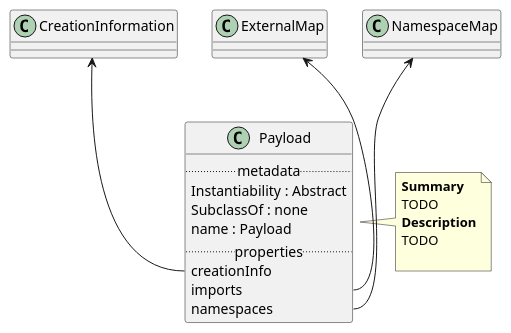
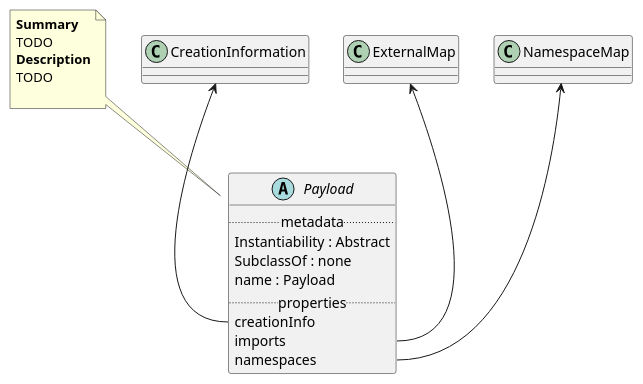
One commit to maxhbr/spec-parser.hs changed the diagram in Classes/Payload.puml. Above: the diagram before and after it, drawn with PlantUML. The commit also changed 51 other files, not shown here.

```diff
--- a/Classes/Payload.puml
+++ b/Classes/Payload.puml
@@ -1,22 +1,22 @@
 @startuml
-class Payload {
+abstract Payload {
 .. metadata ..
     Instantiability : Abstract
     SubclassOf : none
     name : Payload
 .. properties ..
     creationInfo
     imports
     namespaces
 }
-note right of Payload
+note top of Payload
 <b>Summary</b>
 TODO
 <b>Description</b>
 TODO
 
 end note
 "CreationInformation" <-- "Payload::creationInfo"
 "ExternalMap" <-- "Payload::imports"
 "NamespaceMap" <-- "Payload::namespaces"
 @enduml
```
